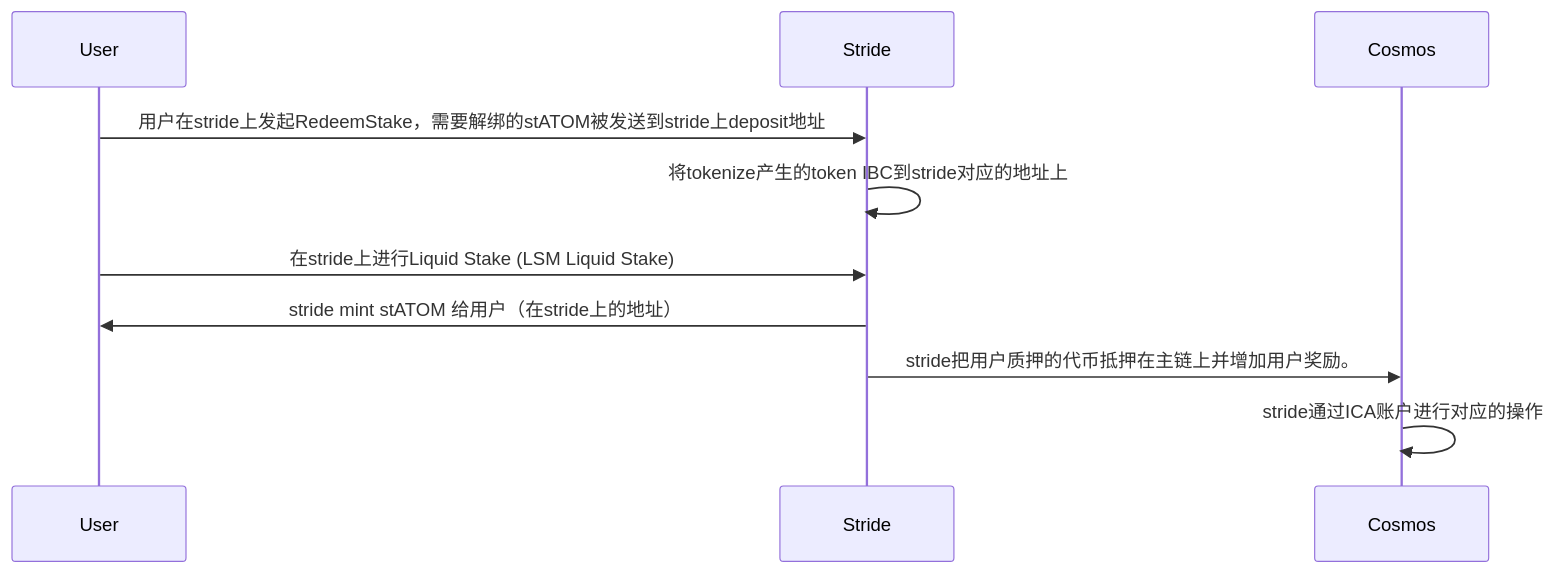
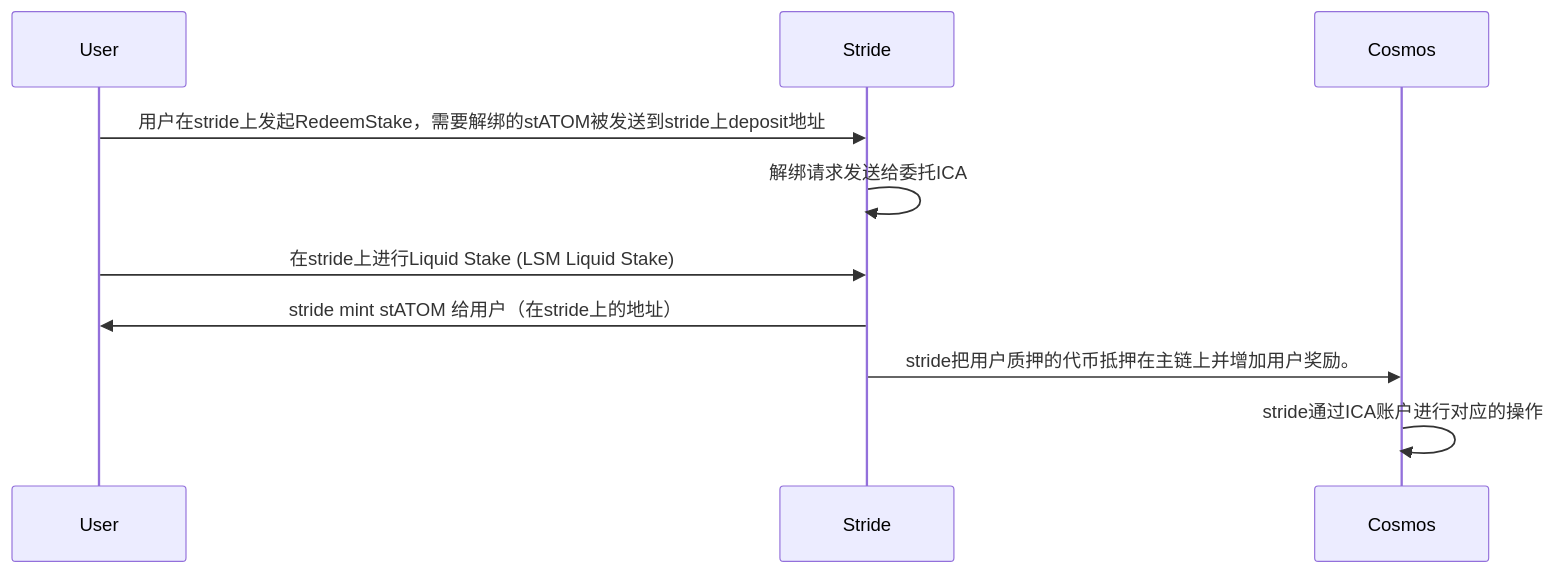
One commit to yingjianzh/iodraw-files changed the diagram in all/unbonding.md. Above: the diagram before and after it, drawn with Mermaid.

Commit message:
2024-03-28 15:02:37 update

````diff
--- a/all/unbonding.md
+++ b/all/unbonding.md
@@ -1,9 +1,9 @@
 ```mermaid
 sequenceDiagram
     User->>Stride: 用户在stride上发起RedeemStake，需要解绑的stATOM被发送到stride上deposit地址
-    Stride->>Stride: 将tokenize产生的token IBC到stride对应的地址上
+    Stride->>Stride: 解绑请求发送给委托ICA
     User->>Stride: 在stride上进行Liquid Stake (LSM Liquid Stake)
     Stride->>User: stride mint stATOM 给用户（在stride上的地址）
     Stride->>Cosmos: stride把用户质押的代币抵押在主链上并增加用户奖励。
     Cosmos->>Cosmos: stride通过ICA账户进行对应的操作
 ```
````
